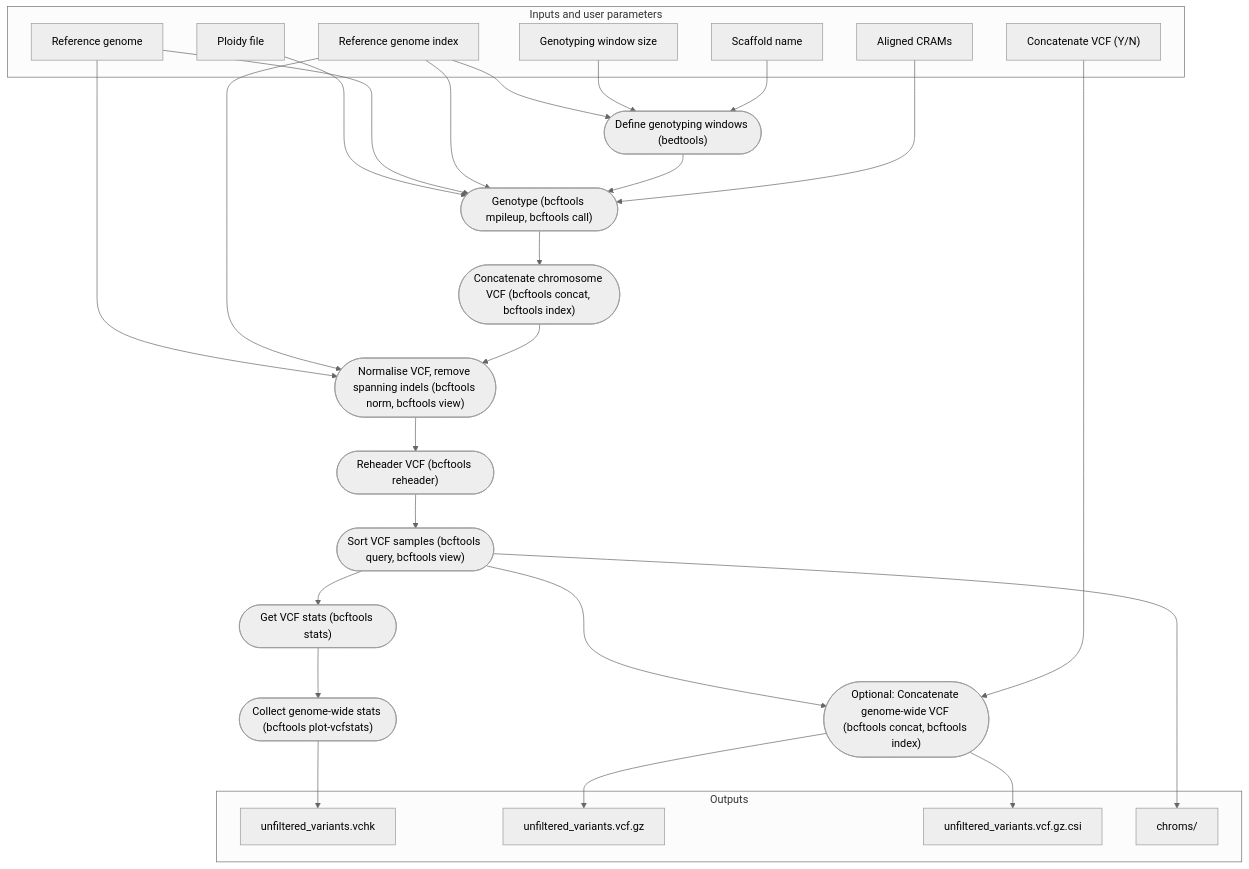
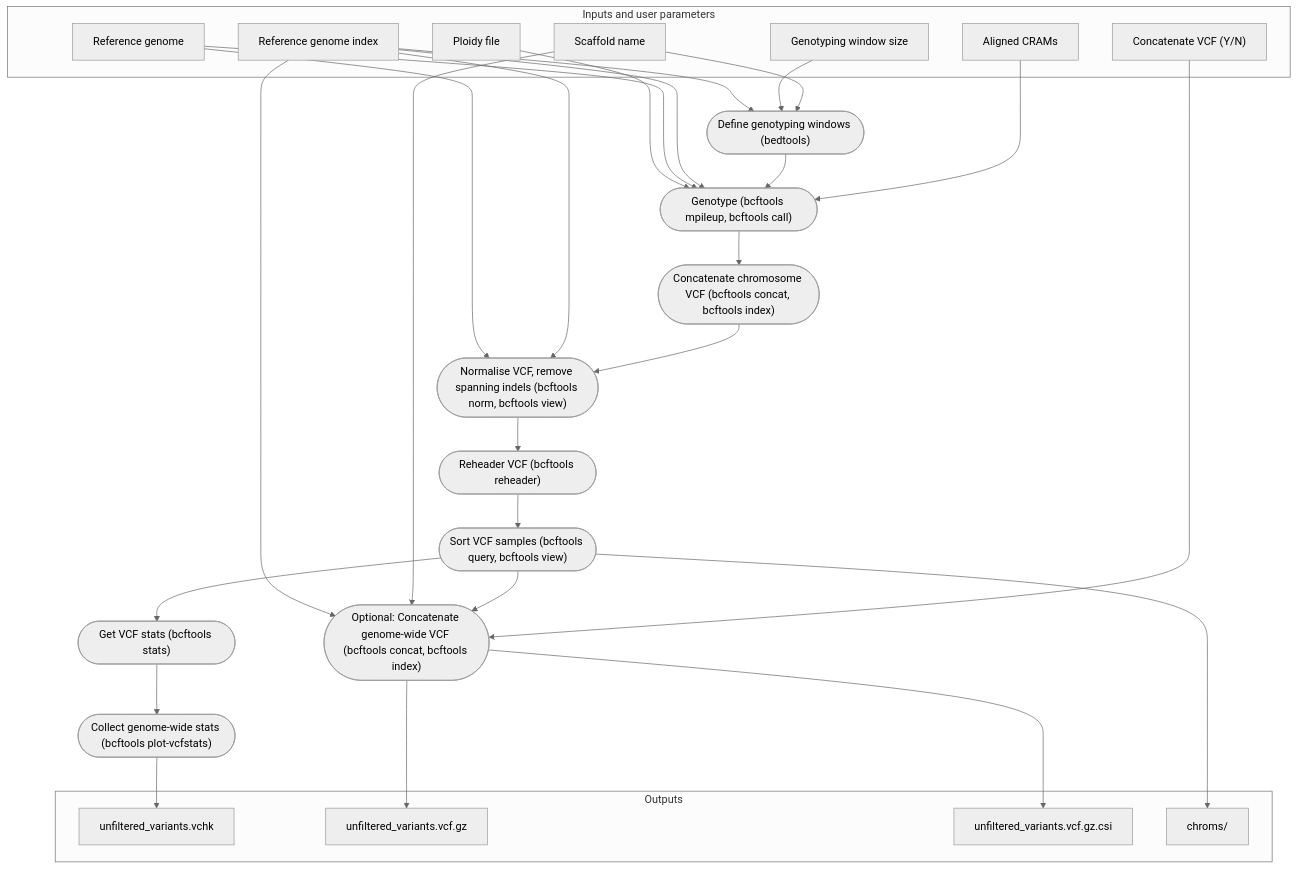
Before and after one commit to EcoEvoGenomics/genotyping_pipeline: the second of 4 diagrams in README.md, drawn with Mermaid (neutral theme). The commit also changed other lines of this file and 3 other files, not shown here.

````diff
--- a/README.md
+++ b/README.md
@@ -144,49 +145,51 @@
 ```mermaid
 flowchart TB
    subgraph "Inputs and user parameters"
    v6["Genotyping window size"]
    v22["Concatenate VCF (Y/N)"]
    v2["Reference genome"]
    v11["Aligned CRAMs"]
    v4["Reference genome index"]
    v7["Scaffold name"]
    v0["Ploidy file"]
    end
    v8(["Define genotyping windows (bedtools)"])
    v13(["Genotype (bcftools mpileup, bcftools call)"])
    v14(["Concatenate chromosome VCF (bcftools concat, bcftools index)"])
    v16(["Normalise VCF, remove spanning indels (bcftools norm, bcftools view)"])
    v17(["Reheader VCF (bcftools reheader)"])
    v18(["Sort VCF samples (bcftools query, bcftools view)"])
    v19(["Get VCF stats (bcftools stats)"])
    v21(["Collect genome-wide stats (bcftools plot-vcfstats)"])
    v23(["Optional: Concatenate genome-wide VCF (bcftools concat, bcftools index)"])
    v4 --> v8
+   v4 --> v23
    v6 --> v8
    v7 --> v8
+   v7 --> v23
    v0 --> v13
    v2 --> v13
    v4 --> v13
    v8 --> v13
    v11 --> v13
    v13 --> v14
    v2 --> v16
    v4 --> v16
    v14 --> v16
    v16 --> v17
    v17 --> v18
    v18 --> v19
    v19 --> v21
    v18 --> v23
    v22 --> v23
    v21 --> v26
    v23 --> v24
    v23 --> v25
    v18 --> v27
    subgraph "Outputs"
    v24["unfiltered_variants.vcf.gz"]
    v25["unfiltered_variants.vcf.gz.csi"]
    v26["unfiltered_variants.vchk"]
    v27["chroms/"]
    end
 ```
````
